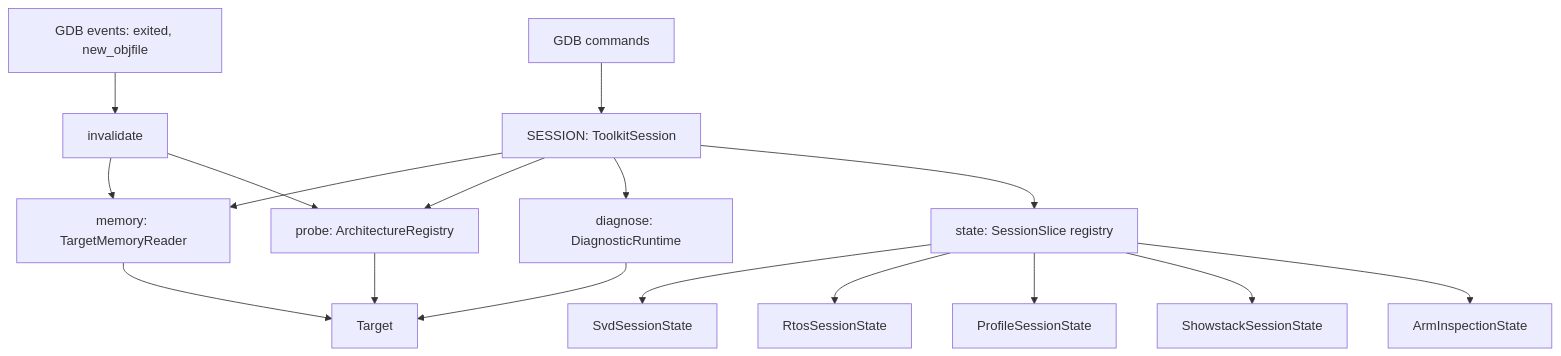
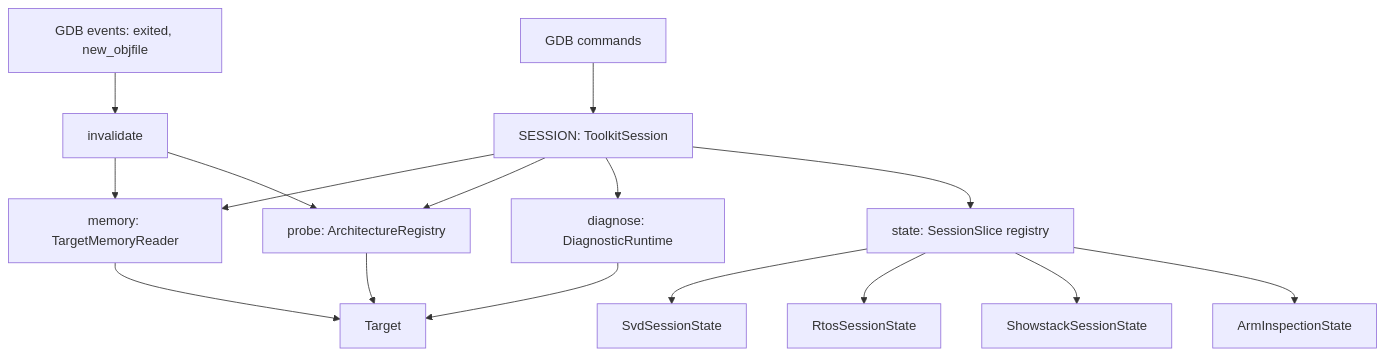
The diagram in doc/session.md (h2lab/pyGdbToolkit), drawn with Mermaid before and after one commit. The commit also changed other lines of this file and 2 other files, not shown here.

Commit message:
doc: removing old, invalid profile command from doc

````diff
--- a/doc/session.md
+++ b/doc/session.md
@@ -35,19 +35,18 @@
 ```mermaid
 flowchart TD
     A[GDB commands] --> B[SESSION: ToolkitSession]
     B --> C[memory: TargetMemoryReader]
     B --> D[probe: ArchitectureRegistry]
     B --> E[diagnose: DiagnosticRuntime]
     B --> F[state: SessionSlice registry]
     C --> G[Target]
     D --> G
     E --> G
     F --> H[SvdSessionState]
     F --> I[RtosSessionState]
-    F --> J[ProfileSessionState]
     F --> K[ShowstackSessionState]
     F --> L[ArmInspectionState]
     M[GDB events: exited, new_objfile] --> N[invalidate]
     N --> C
     N --> D
 ```
````
